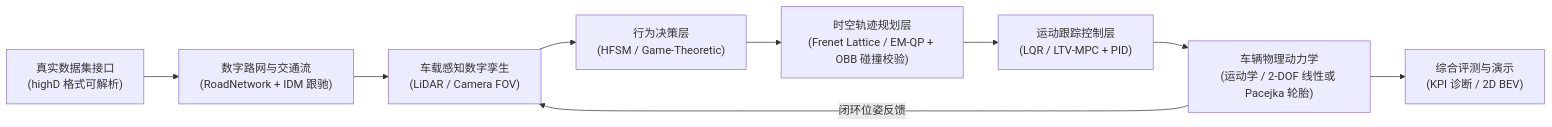
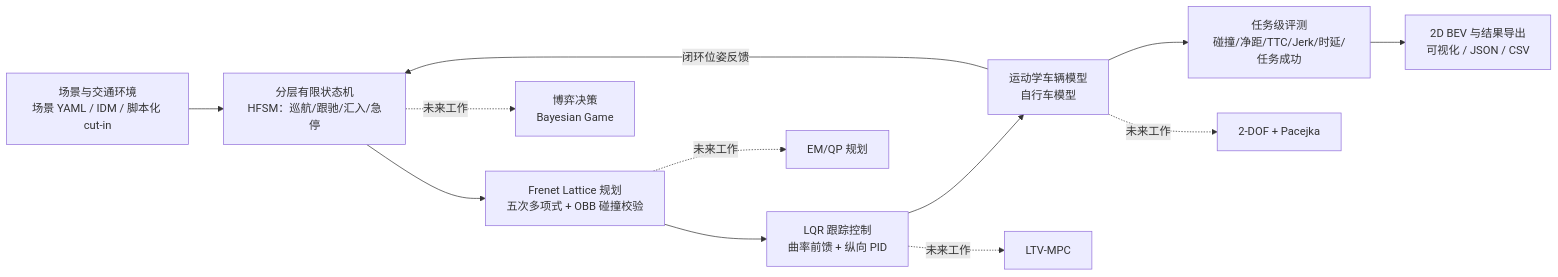
The diagram in README.md (fwwwwjj/intelligent-vehicle-simulation), drawn with Mermaid before and after one commit. The commit also changed other lines of this file and 40 other files, not shown here.

````diff
--- a/README.md
+++ b/README.md
@@ -45,11 +54,15 @@
 ```mermaid
 flowchart LR
-    A["真实数据集接口<br/>(highD 格式可解析)"] --> B["数字路网与交通流<br/>(RoadNetwork + IDM 跟驰)"]
-    B --> C["车载感知数字孪生<br/>(LiDAR / Camera FOV)"]
-    C --> D["行为决策层<br/>(HFSM / Game-Theoretic)"]
-    D --> E["时空轨迹规划层<br/>(Frenet Lattice / EM-QP + OBB 碰撞校验)"]
-    E --> F["运动跟踪控制层<br/>(LQR / LTV-MPC + PID)"]
-    F --> G["车辆物理动力学<br/>(运动学 / 2-DOF 线性或 Pacejka 轮胎)"]
-    G -->|闭环位姿反馈| C
-    G --> H["综合评测与演示<br/>(KPI 诊断 / 2D BEV)"]
+    A["场景与交通环境<br/>场景 YAML / IDM / 脚本化 cut-in"] --> B["分层有限状态机<br/>HFSM：巡航/跟驰/汇入/急停"]
+    B --> C["Frenet Lattice 规划<br/>五次多项式 + OBB 碰撞校验"]
+    C --> D["LQR 跟踪控制<br/>曲率前馈 + 纵向 PID"]
+    D --> E["运动学车辆模型<br/>自行车模型"]
+    E -->|闭环位姿反馈| B
+    E --> F["任务级评测<br/>碰撞/净距/TTC/Jerk/时延/任务成功"]
+    F --> G["2D BEV 与结果导出<br/>可视化 / JSON / CSV"]
+
+    B -. 未来工作 .-> H["博弈决策<br/>Bayesian Game"]
+    C -. 未来工作 .-> I["EM/QP 规划"]
+    D -. 未来工作 .-> J["LTV-MPC"]
+    E -. 未来工作 .-> K["2-DOF + Pacejka"]
 ```
````
